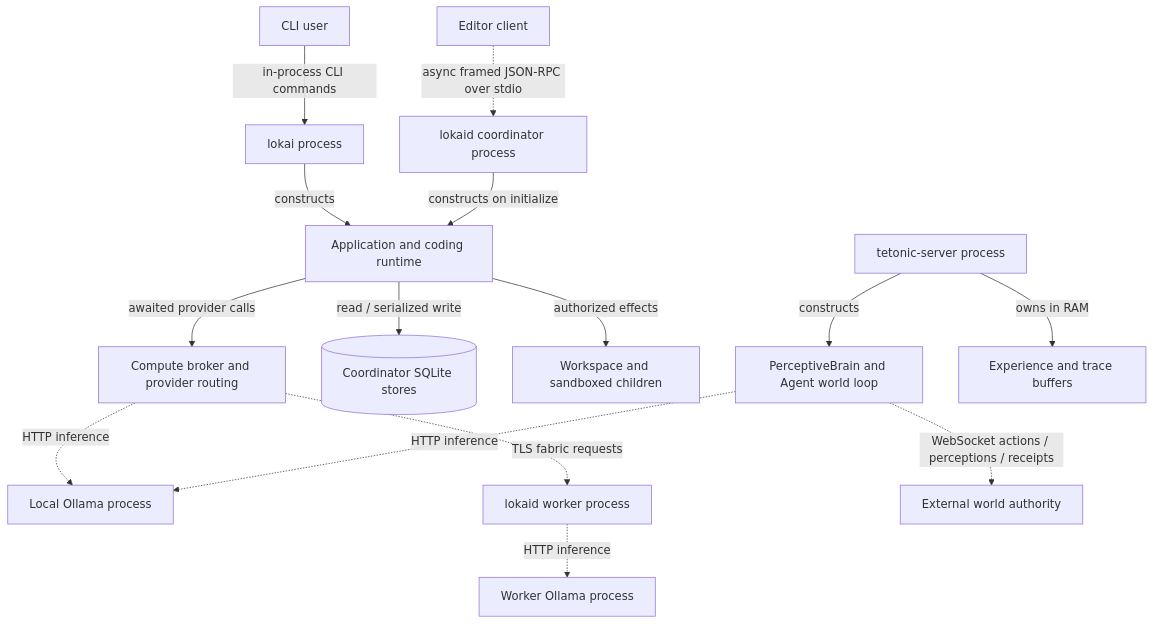
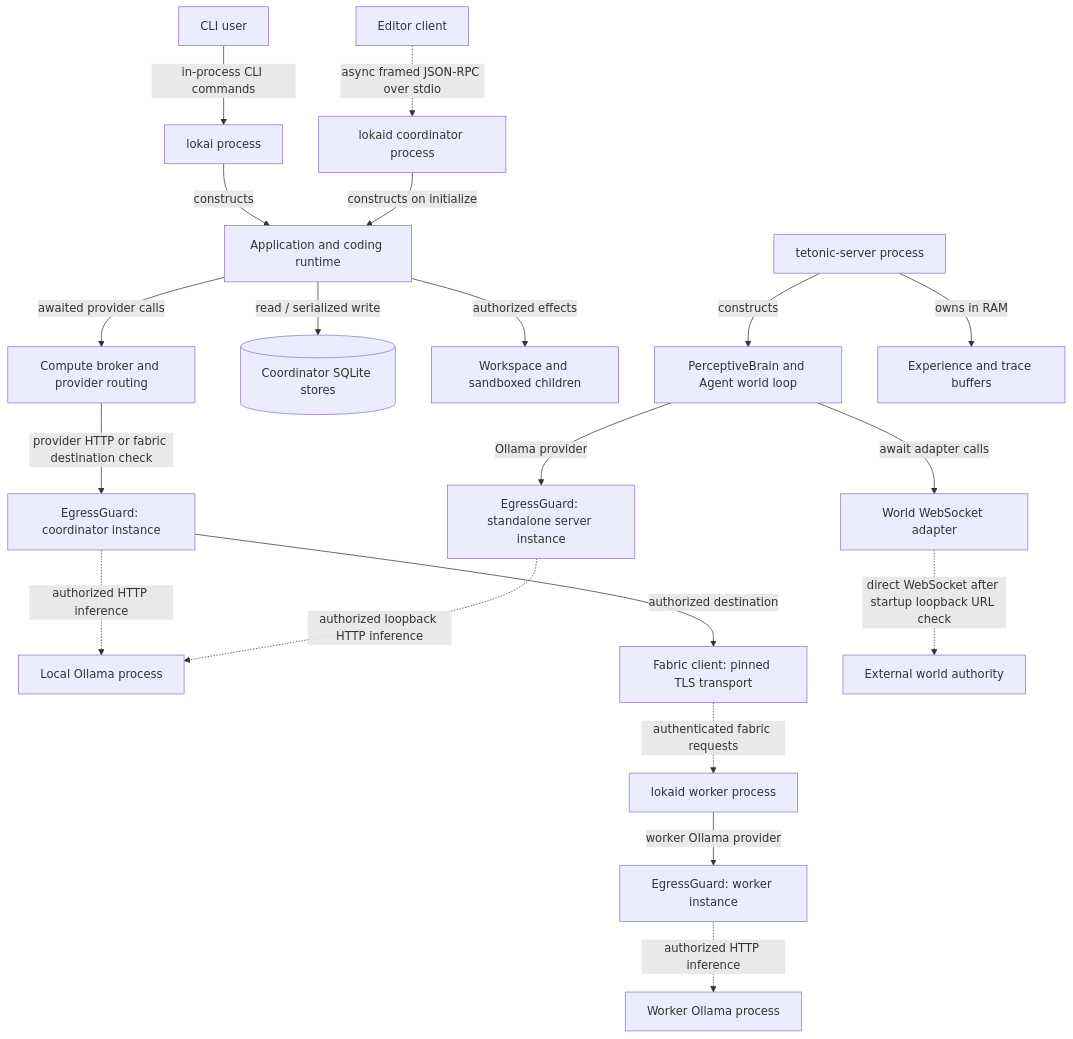
The second of 2 diagrams in docs/as-built/2026-09-25/README.md (tetonic-labs/tetonic), drawn with Mermaid before and after one commit. The commit also changed other lines of this file and 7 other files, not shown here.

Commit message:
docs: show egress authorization in system and inference diagrams

````diff
--- a/docs/as-built/2026-09-25/README.md
+++ b/docs/as-built/2026-09-25/README.md
@@ -52,17 +52,22 @@
 ```mermaid
 flowchart TB
   User[CLI user] -->|in-process CLI commands| CLI[lokai process]
   Editor[Editor client] -.->|async framed JSON-RPC over stdio| D[lokaid coordinator process]
   CLI -->|constructs| App[Application and coding runtime]
   D -->|constructs on initialize| App
   App -->|awaited provider calls| CP[Compute broker and provider routing]
-  CP -.->|HTTP inference| O[Local Ollama process]
-  CP -.->|TLS fabric requests| W[lokaid worker process]
-  W -.->|HTTP inference| WO[Worker Ollama process]
+  CP -->|provider HTTP or fabric destination check| EG[EgressGuard: coordinator instance]
+  EG -.->|authorized HTTP inference| O[Local Ollama process]
+  EG -->|authorized destination| FT[Fabric client: pinned TLS transport]
+  FT -.->|authenticated fabric requests| W[lokaid worker process]
+  W -->|worker Ollama provider| WG[EgressGuard: worker instance]
+  WG -.->|authorized HTTP inference| WO[Worker Ollama process]
   App -->|read / serialized write| DB[(Coordinator SQLite stores)]
   App -->|authorized effects| FS[Workspace and sandboxed children]
   S[tetonic-server process] -->|constructs| B[PerceptiveBrain and Agent world loop]
-  B -.->|HTTP inference| O
-  B -.->|WebSocket actions / perceptions / receipts| World[External world authority]
+  B -->|Ollama provider| SG[EgressGuard: standalone server instance]
+  SG -.->|authorized loopback HTTP inference| O
+  B -->|await adapter calls| WA[World WebSocket adapter]
+  WA -.->|direct WebSocket after startup loopback URL check| World[External world authority]
   S -->|owns in RAM| RAM[Experience and trace buffers]
 ```
````
